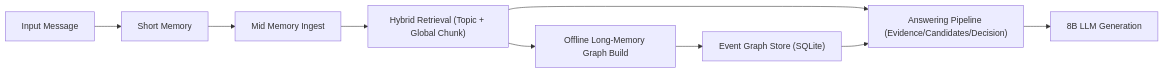
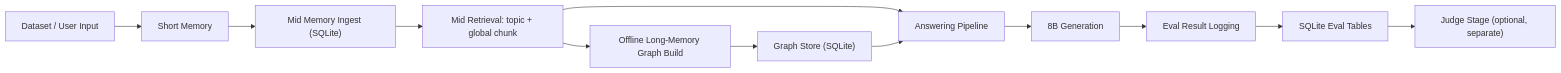
One commit to RCF-117/MemSLM changed the diagram in README.md. Above: the diagram before and after it, drawn with Mermaid. The commit also changed other lines of this file and 13 other files, not shown here.

````diff
--- a/README.md
+++ b/README.md
@@ -15,11 +30,14 @@
 ```mermaid
 flowchart LR
-    A["Input Message"] --> B["Short Memory"]
-    B --> C["Mid Memory Ingest"]
-    C --> D["Hybrid Retrieval (Topic + Global Chunk)"]
-    D --> E["Answering Pipeline (Evidence/Candidates/Decision)"]
-    E --> F["8B LLM Generation"]
+    A["Dataset / User Input"] --> B["Short Memory"]
+    B --> C["Mid Memory Ingest (SQLite)"]
+    C --> D["Mid Retrieval: topic + global chunk"]
+    D --> E["Answering Pipeline"]
+    E --> F["8B Generation"]
     D --> G["Offline Long-Memory Graph Build"]
-    G --> H["Event Graph Store (SQLite)"]
+    G --> H["Graph Store (SQLite)"]
     H --> E
+    F --> I["Eval Result Logging"]
+    I --> J["SQLite Eval Tables"]
+    J --> K["Judge Stage (optional, separate)"]
 ```
````
